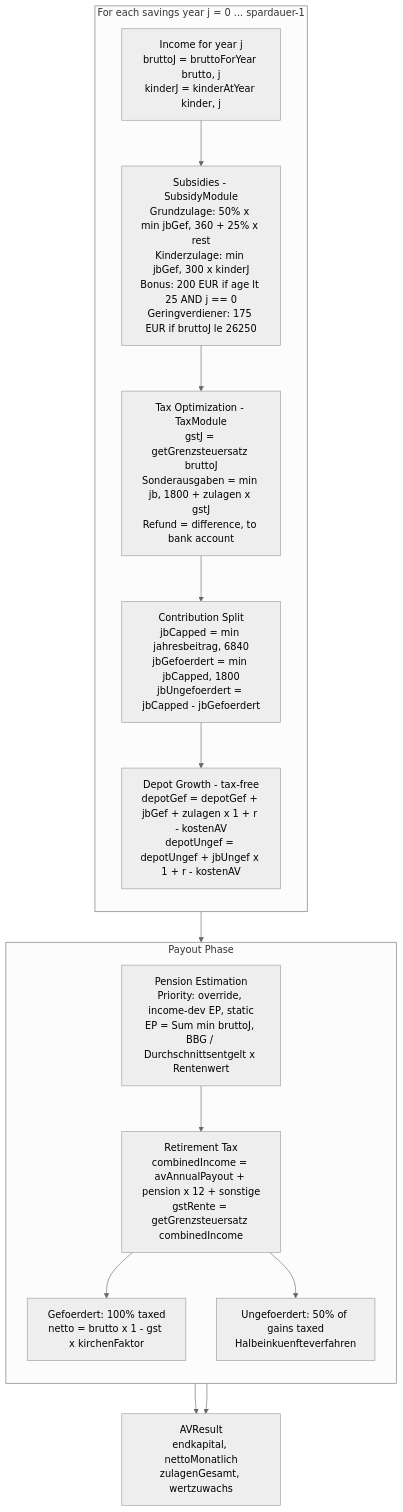
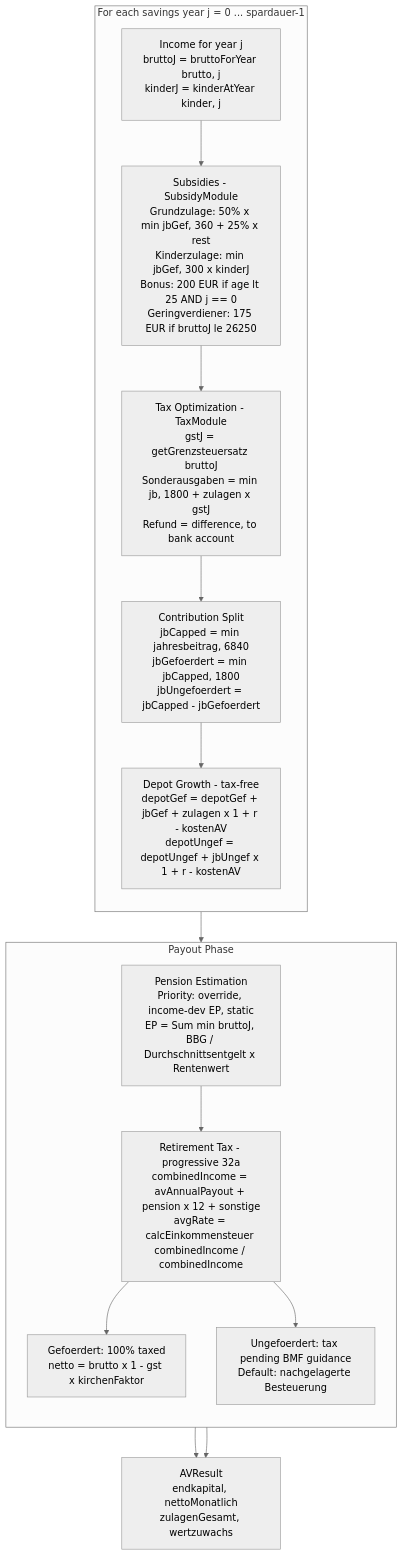
One commit to chraig/de_altersvorsorge_depot changed the second of 4 diagrams in docs/CALCULATION_MAP.md. Above: the diagram before and after it, drawn with Mermaid (neutral theme). The commit also changed other lines of this file and 15 other files, not shown here.

First line of the commit message:
Progressive §32a tax, selectable ungefördert treatment, adjustable Arbeitsbeginn

````diff
--- a/docs/CALCULATION_MAP.md
+++ b/docs/CALCULATION_MAP.md
@@ -50,24 +50,24 @@
 ```mermaid
 flowchart TD
     subgraph LOOP["For each savings year j = 0 ... spardauer-1"]
         direction TB
         INC["Income for year j<br/>bruttoJ = bruttoForYear brutto, j<br/>kinderJ = kinderAtYear kinder, j"]
         SUB["Subsidies - SubsidyModule<br/>Grundzulage: 50% x min jbGef, 360 + 25% x rest<br/>Kinderzulage: min jbGef, 300 x kinderJ<br/>Bonus: 200 EUR if age lt 25 AND j == 0<br/>Geringverdiener: 175 EUR if bruttoJ le 26250"]
         TAX["Tax Optimization - TaxModule<br/>gstJ = getGrenzsteuersatz bruttoJ<br/>Sonderausgaben = min jb, 1800 + zulagen x gstJ<br/>Refund = difference, to bank account"]
         SPLIT["Contribution Split<br/>jbCapped = min jahresbeitrag, 6840<br/>jbGefoerdert = min jbCapped, 1800<br/>jbUngefoerdert = jbCapped - jbGefoerdert"]
         GROW["Depot Growth - tax-free<br/>depotGef = depotGef + jbGef + zulagen x 1 + r - kostenAV<br/>depotUngef = depotUngef + jbUngef x 1 + r - kostenAV"]
         INC --> SUB --> TAX --> SPLIT --> GROW
     end
     GROW --> PAY
     subgraph PAY["Payout Phase"]
         direction TB
         PENS["Pension Estimation<br/>Priority: override, income-dev EP, static<br/>EP = Sum min bruttoJ, BBG / Durchschnittsentgelt x Rentenwert"]
-        RTAX["Retirement Tax<br/>combinedIncome = avAnnualPayout + pension x 12 + sonstige<br/>gstRente = getGrenzsteuersatz combinedIncome"]
+        RTAX["Retirement Tax - progressive 32a<br/>combinedIncome = avAnnualPayout + pension x 12 + sonstige<br/>avgRate = calcEinkommensteuer combinedIncome / combinedIncome"]
         GEF["Gefoerdert: 100% taxed<br/>netto = brutto x 1 - gst x kirchenFaktor"]
-        UNGEF["Ungefoerdert: 50% of gains taxed<br/>Halbeinkuenfteverfahren"]
+        UNGEF["Ungefoerdert: tax pending BMF guidance<br/>Default: nachgelagerte Besteuerung"]
         PENS --> RTAX --> GEF
         RTAX --> UNGEF
     end
     GEF --> RES[AVResult<br/>endkapital, nettoMonatlich<br/>zulagenGesamt, wertzuwachs]
     UNGEF --> RES
 ```
````
